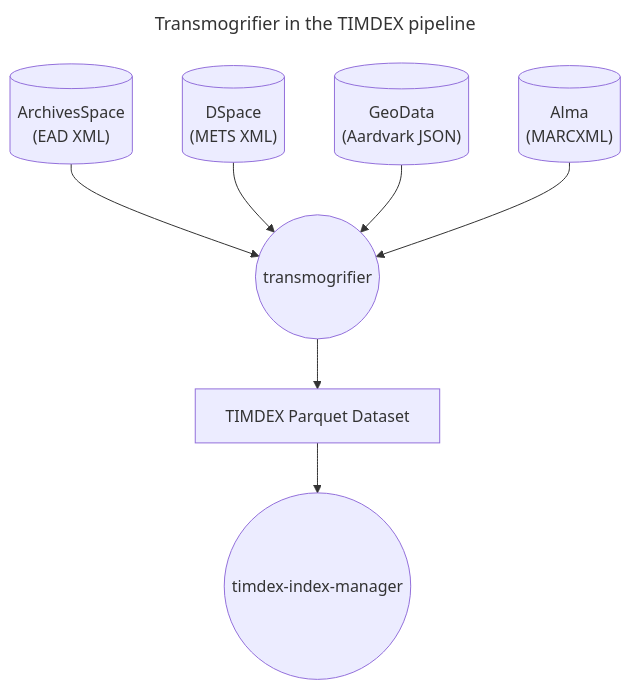
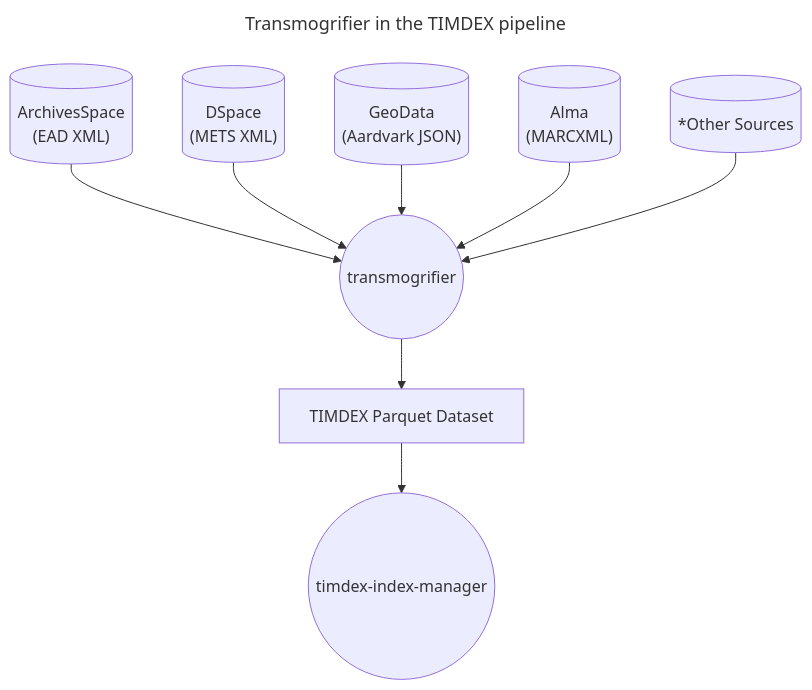
The diagram in README.md (MITLibraries/transmogrifier), drawn with Mermaid before and after one commit. The commit also changed other lines of this file and 12 other files, not shown here.

````diff
--- a/README.md
+++ b/README.md
@@ -7,19 +7,21 @@
 ```mermaid
 ---
 title: Transmogrifier in the TIMDEX pipeline
 ---
 flowchart TD
     ArchivesSpace
     DSpace
     GeoData
     MARC
+    Others
     transmogrifier((transmogrifier))
     timdex-dataset
     timdex-index-manager
     ArchivesSpace[("ArchivesSpace<br>(EAD XML)")] --> transmogrifier
     DSpace[("DSpace<br>(METS XML)")] --> transmogrifier
     GeoData[("GeoData<br>(Aardvark JSON)")] --> transmogrifier
     MARC[("Alma<br>(MARCXML)")] --> transmogrifier
+    Others[("*Other Sources")] --> transmogrifier
     transmogrifier --> timdex-dataset["TIMDEX Parquet Dataset"]
     timdex-dataset["TIMDEX Parquet Dataset"] --> timdex-index-manager((timdex-index-manager))
 ```
````
